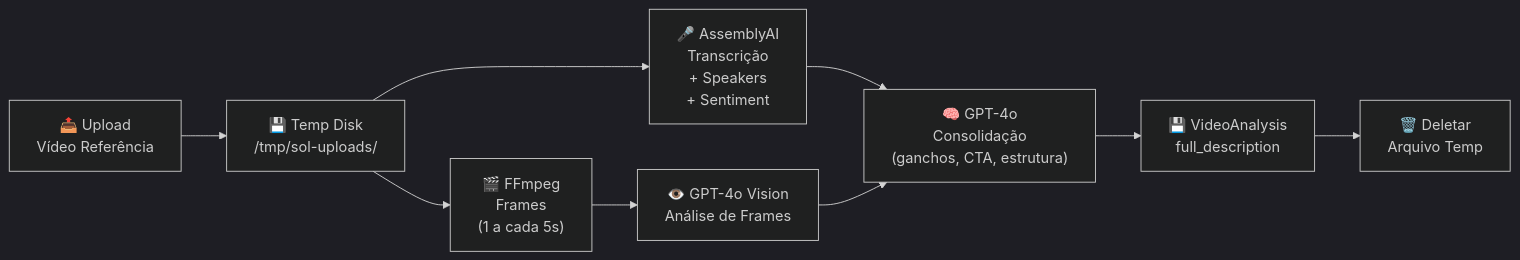
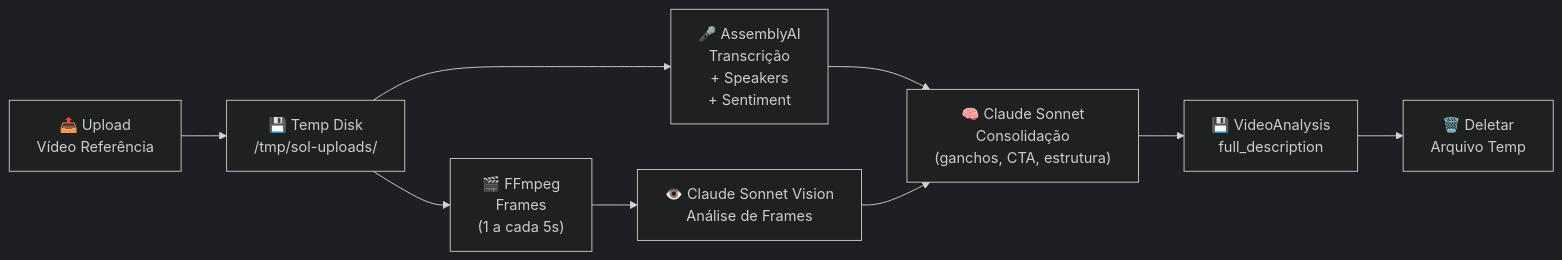
Before and after one commit to grupoeden1/sol-saas: the third of 3 diagrams in docs/architecture.md, drawn with Mermaid (dark theme). The commit also changed other lines of this file and 292 other files, not shown here.

````diff
--- a/docs/architecture.md
+++ b/docs/architecture.md
@@ -118,20 +143,20 @@
 ```mermaid
 graph LR
     Upload["📤 Upload\nVídeo Referência"]
     Temp["💾 Temp Disk\n/tmp/sol-uploads/"]
     AAI["🎤 AssemblyAI\nTranscrição\n+ Speakers\n+ Sentiment"]
     FF["🎬 FFmpeg\nFrames\n(1 a cada 5s)"]
-    Vision["👁️ GPT-4o Vision\nAnálise de Frames"]
-    Consolidate["🧠 GPT-4o\nConsolidação\n(ganchos, CTA, estrutura)"]
+    Vision["👁️ Claude Sonnet Vision\nAnálise de Frames"]
+    Consolidate["🧠 Claude Sonnet\nConsolidação\n(ganchos, CTA, estrutura)"]
     DB["💾 VideoAnalysis\nfull_description"]
     Delete["🗑️ Deletar\nArquivo Temp"]
 
     Upload --> Temp
     Temp --> AAI
     Temp --> FF
     AAI --> Consolidate
     FF --> Vision
     Vision --> Consolidate
     Consolidate --> DB
     DB --> Delete
 ```
````
